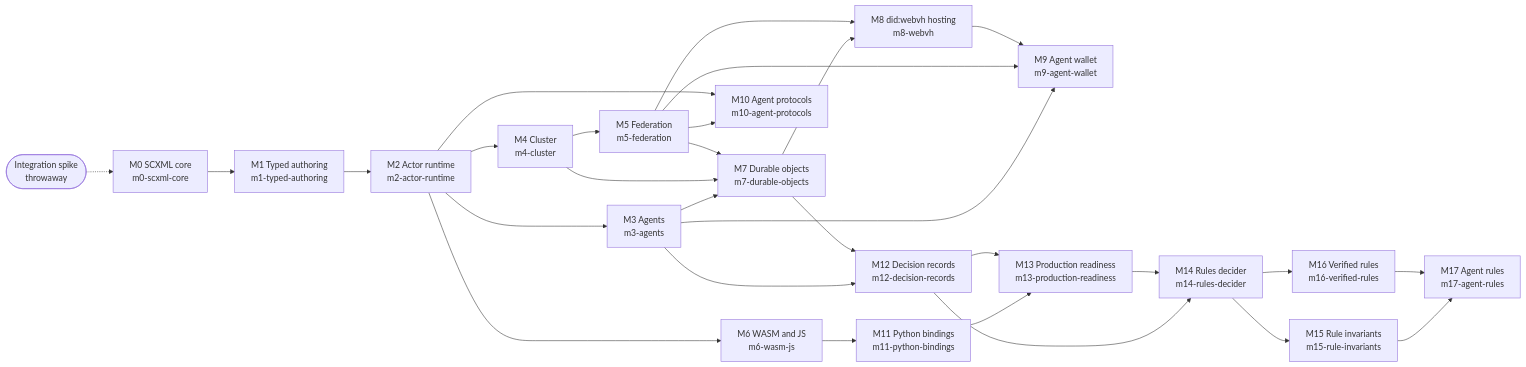
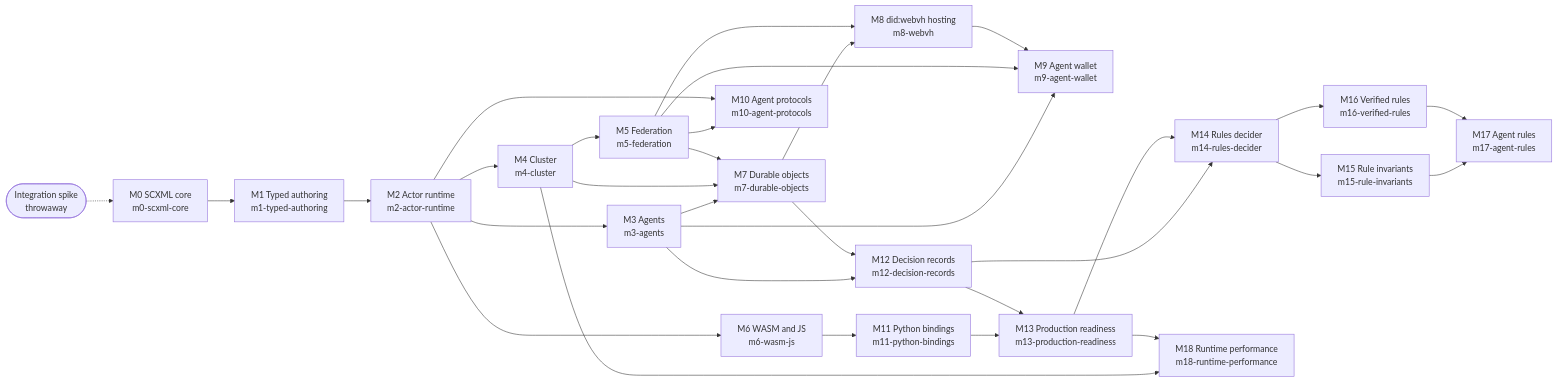
The diagram in tg.md/roadmap.md (Volland/vertep), drawn with Mermaid before and after one commit. The commit also changed other lines of this file and 26 other files, not shown here.

First line of the commit message:
M18 runtime performance spec, mailbox-backends spec, and the review in tg.md

````diff
--- a/tg.md/roadmap.md
+++ b/tg.md/roadmap.md
@@ -9,31 +9,33 @@
 ```mermaid
 flowchart LR
     M0["M0 SCXML core<br/>m0-scxml-core"] --> M1["M1 Typed authoring<br/>m1-typed-authoring"]
     M1 --> M2["M2 Actor runtime<br/>m2-actor-runtime"]
     M2 --> M3["M3 Agents<br/>m3-agents"]
     M2 --> M4["M4 Cluster<br/>m4-cluster"]
     M4 --> M5["M5 Federation<br/>m5-federation"]
     M2 --> M6["M6 WASM and JS<br/>m6-wasm-js"]
     M3 --> M7["M7 Durable objects<br/>m7-durable-objects"]
     M4 --> M7
     M5 --> M7
     M7 --> M8["M8 did:webvh hosting<br/>m8-webvh"]
     M5 --> M8
     M3 --> M9["M9 Agent wallet<br/>m9-agent-wallet"]
     M5 --> M9
     M8 --> M9
     M5 --> M10["M10 Agent protocols<br/>m10-agent-protocols"]
     M2 --> M10
     M6 --> M11["M11 Python bindings<br/>m11-python-bindings"]
     M3 --> M12["M12 Decision records<br/>m12-decision-records"]
     M7 --> M12
     M11 --> M13["M13 Production readiness<br/>m13-production-readiness"]
     M12 --> M13
     M12 --> M14["M14 Rules decider<br/>m14-rules-decider"]
     M13 --> M14
     M14 --> M15["M15 Rule invariants<br/>m15-rule-invariants"]
     M14 --> M16["M16 Verified rules<br/>m16-verified-rules"]
     M15 --> M17["M17 Agent rules<br/>m17-agent-rules"]
     M16 --> M17
+    M4 --> M18["M18 Runtime performance<br/>m18-runtime-performance"]
+    M13 --> M18
     S(["Integration spike<br/>throwaway"]) -.-> M0
 ```
````
